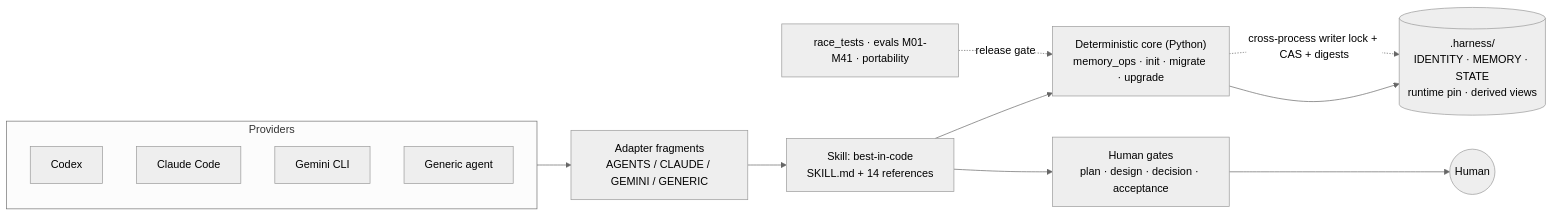
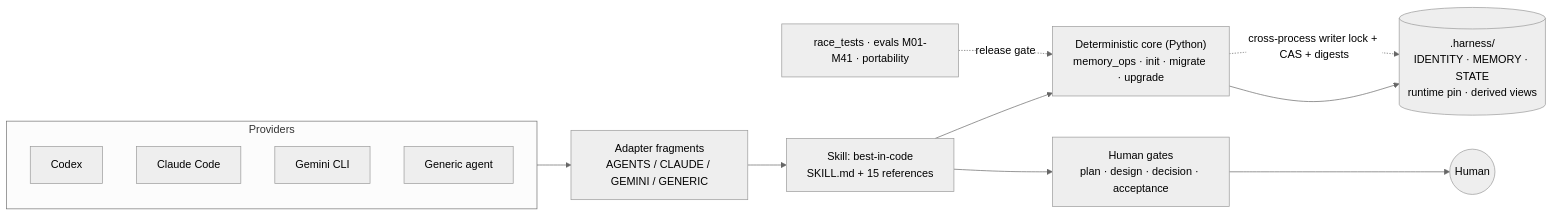
Before and after one commit to kingggg5/harness: the diagram in README.md, drawn with Mermaid (neutral theme). The commit also changed other lines of this file and 16 other files, not shown here.

````diff
--- a/README.md
+++ b/README.md
@@ -113,17 +113,17 @@
 ```mermaid
 graph LR
 	subgraph Providers
 		CX[Codex]
 		CC[Claude Code]
 		GEM[Gemini CLI]
 		GEN[Generic agent]
 	end
 	Providers --> AD[Adapter fragments<br/>AGENTS / CLAUDE / GEMINI / GENERIC]
-	AD --> SKILL["Skill: best-in-code<br/>SKILL.md + 14 references"]
+	AD --> SKILL["Skill: best-in-code<br/>SKILL.md + 15 references"]
 	SKILL --> OPS["Deterministic core (Python)<br/>memory_ops · init · migrate · upgrade"]
 	OPS --> STORE[(".harness/<br/>IDENTITY · MEMORY · STATE<br/>runtime pin · derived views")]
 	OPS -. cross-process writer lock + CAS + digests .-> STORE
 	SKILL --> GATES[Human gates<br/>plan · design · decision · acceptance]
 	GATES --> HUMAN((Human))
 	QA2[race_tests · evals M01-M41 · portability] -. release gate .-> OPS
 ```
````
